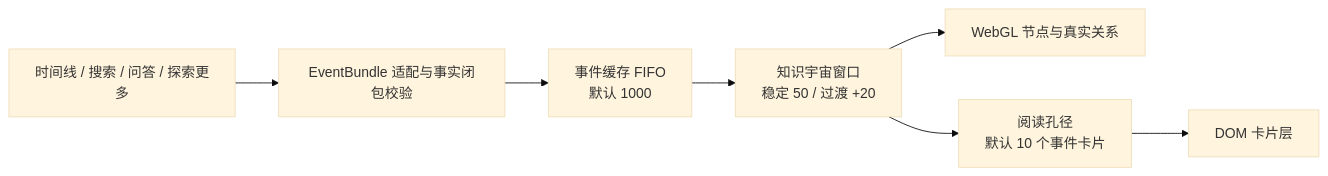
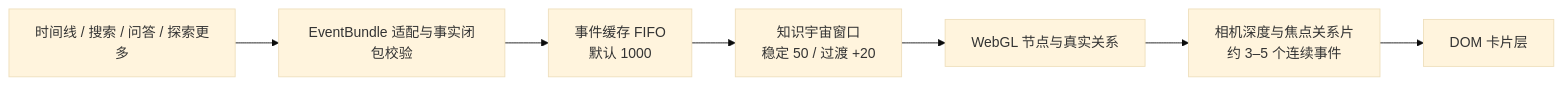
The diagram in docs/architecture/knowledge-universe.md (ilssn/sag), drawn with Mermaid (base theme) before and after one commit. The commit also changed other lines of this file and 15 other files, not shown here.

````diff
--- a/docs/architecture/knowledge-universe.md
+++ b/docs/architecture/knowledge-universe.md
@@ -88,9 +88,9 @@
 ```mermaid
 flowchart LR
   API["时间线 / 搜索 / 问答 / 探索更多"] --> ADAPTER["EventBundle 适配与事实闭包校验"]
   ADAPTER --> CACHE["事件缓存 FIFO<br/>默认 1000"]
   CACHE --> WINDOW["知识宇宙窗口<br/>稳定 50 / 过渡 +20"]
   WINDOW --> OBJECTS["WebGL 节点与真实关系"]
-  WINDOW --> APERTURE["阅读孔径<br/>默认 10 个事件卡片"]
-  APERTURE --> DOM["DOM 卡片层"]
+  OBJECTS --> FOCUS["相机深度与焦点关系片<br/>约 3–5 个连续事件"]
+  FOCUS --> DOM["DOM 卡片层"]
 ```
````
